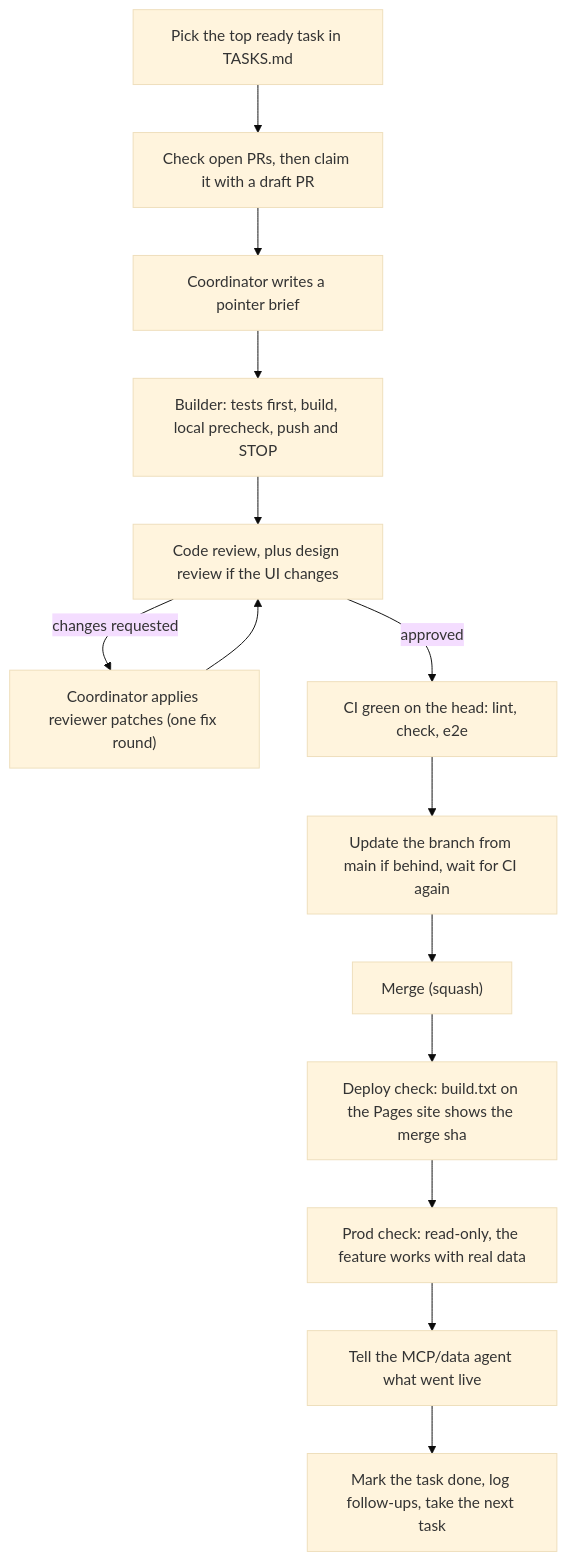
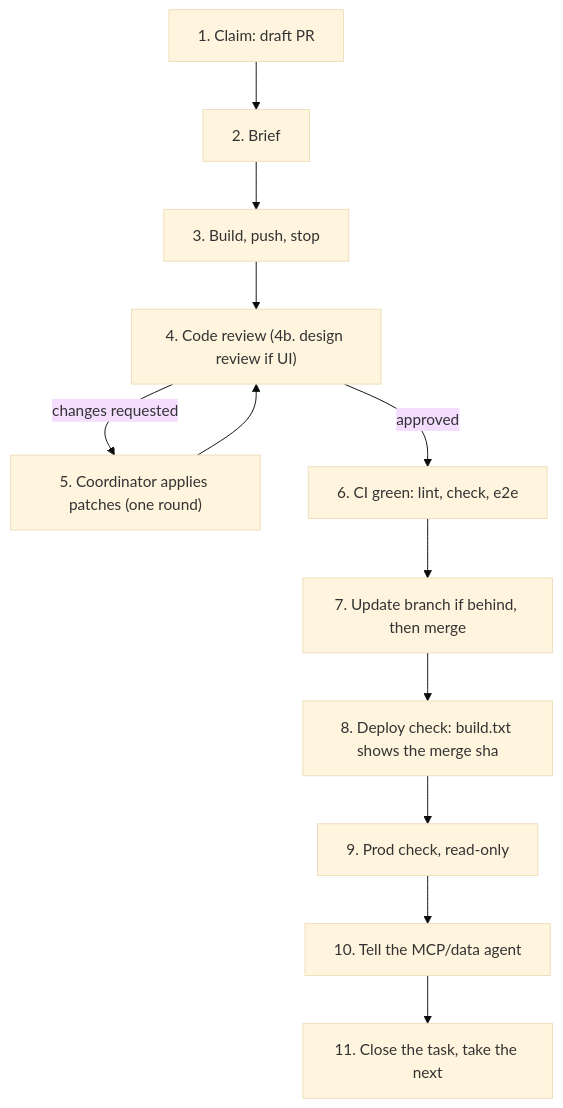
Before and after one commit to eliranRP/Flow: the diagram in docs/backlog/README.md, drawn with Mermaid (base theme). The commit also changed other lines of this file, not shown here.

First line of the commit message:
docs(backlog): clarity pass on the agent guide

````diff
--- a/docs/backlog/README.md
+++ b/docs/backlog/README.md
@@ -18,16 +40,14 @@
 ```mermaid
 flowchart TD
-  A["Pick the top ready task in TASKS.md"] --> B["Check open PRs, then claim it with a draft PR"]
-  B --> C["Coordinator writes a pointer brief"]
-  C --> D["Builder: tests first, build, local precheck, push and STOP"]
-  D --> E["Code review, plus design review if the UI changes"]
-  E -->|"changes requested"| F["Coordinator applies reviewer patches (one fix round)"]
-  F --> E
-  E -->|"approved"| G["CI green on the head: lint, check, e2e"]
-  G --> H["Update the branch from main if behind, wait for CI again"]
-  H --> I["Merge (squash)"]
-  I --> J["Deploy check: build.txt on the Pages site shows the merge sha"]
-  J --> K["Prod check: read-only, the feature works with real data"]
-  K --> L["Tell the MCP/data agent what went live"]
-  L --> M["Mark the task done, log follow-ups, take the next task"]
+  A["1. Claim: draft PR"] --> B["2. Brief"]
+  B --> C["3. Build, push, stop"]
+  C --> D["4. Code review (4b. design review if UI)"]
+  D -->|"changes requested"| E["5. Coordinator applies patches (one round)"]
+  E --> D
+  D -->|"approved"| F["6. CI green: lint, check, e2e"]
+  F --> G["7. Update branch if behind, then merge"]
+  G --> H["8. Deploy check: build.txt shows the merge sha"]
+  H --> I["9. Prod check, read-only"]
+  I --> J["10. Tell the MCP/data agent"]
+  J --> K["11. Close the task, take the next"]
 ```
````
